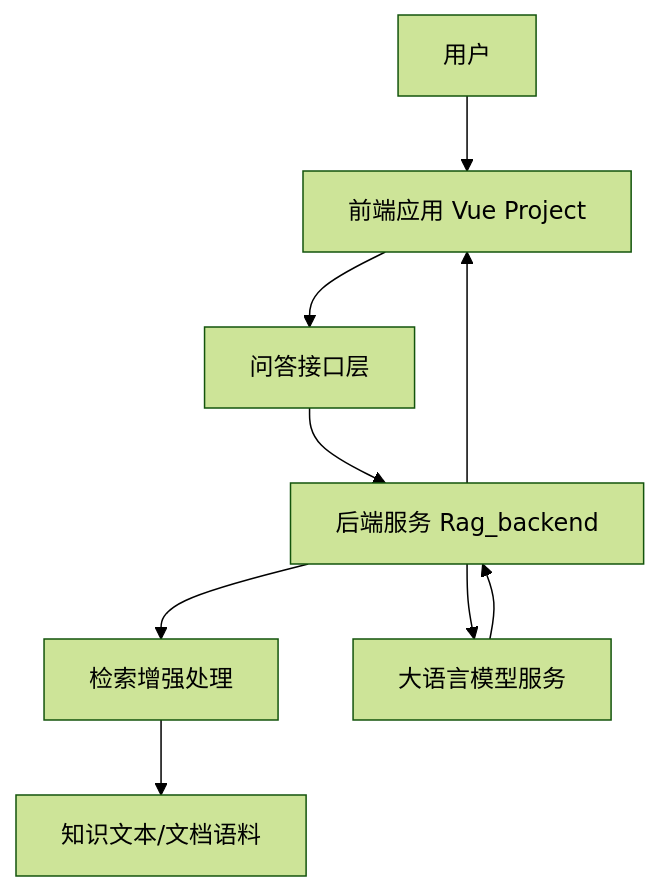
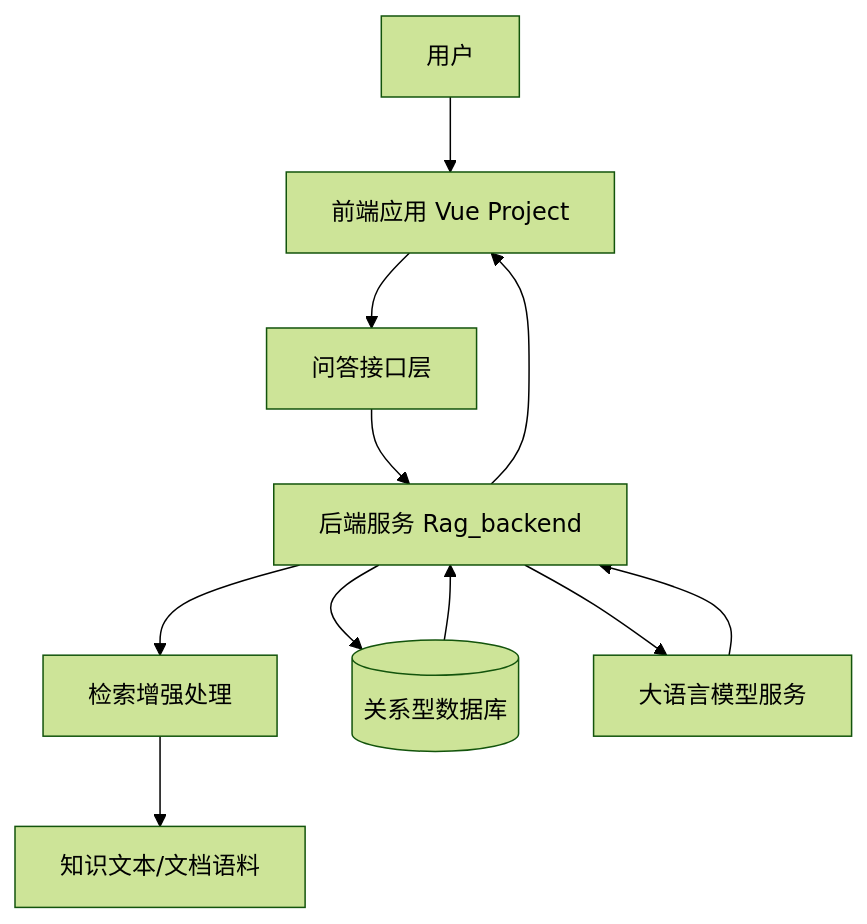
One commit to BUCT-CS2301/QAsystem changed the first of 4 diagrams in documents/设计文档.md. Above: the diagram before and after it, drawn with Mermaid (forest theme). The commit also changed other lines of this file, not shown here.

Commit message:
设计文档 架构图 修改

````diff
--- a/documents/设计文档.md
+++ b/documents/设计文档.md
@@ -90,11 +90,17 @@
 ```mermaid
 flowchart TB
     U[用户] --> F[前端应用 Vue Project]
     F --> A[问答接口层]
     A --> B[后端服务 Rag_backend]
+
     B --> C[检索增强处理]
     C --> D[知识文本/文档语料]
+
+    B --> DB[(关系型数据库)]
+    DB --> B
+
     B --> E[大语言模型服务]
     E --> B
+
     B --> F
 ```
````
